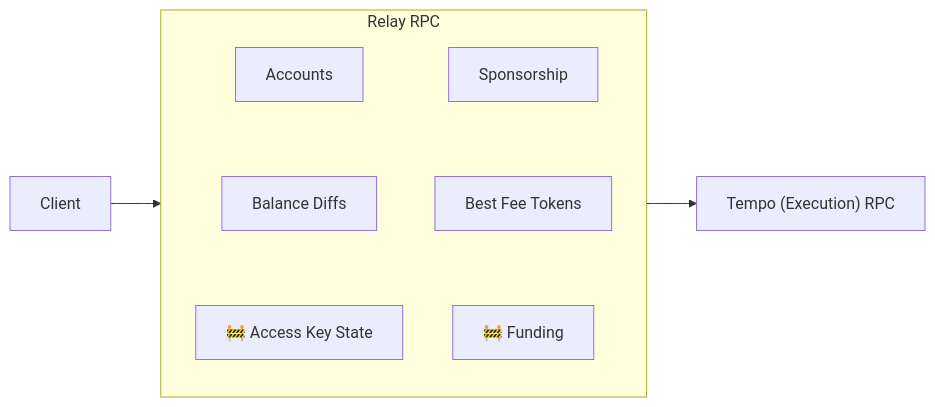
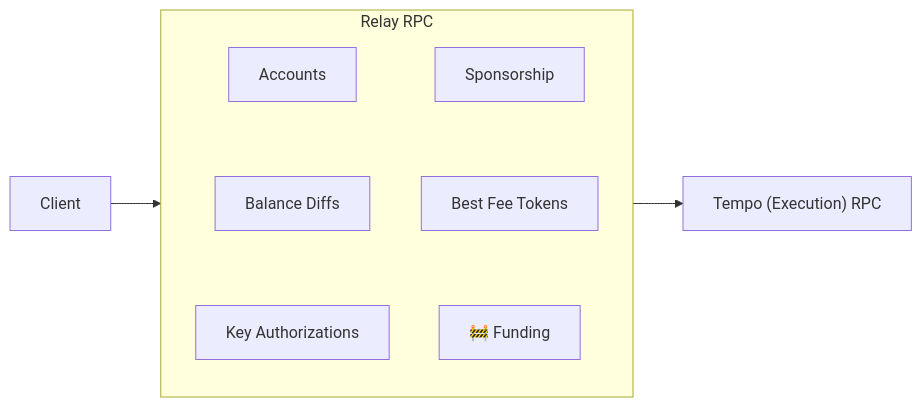
One commit to wevm/viem changed the diagram in site/pages/tempo/guides/relay/index.mdx. Above: the diagram before and after it, drawn with Mermaid. The commit also changed other lines of this file and 25 other files, not shown here.

````diff
--- a/site/pages/tempo/guides/relay/index.mdx
+++ b/site/pages/tempo/guides/relay/index.mdx
@@ -15,16 +15,16 @@
 ```mermaid
 flowchart LR
   client[Client] --> relay
   subgraph relay[Relay RPC]
     direction TB
     accounts[Accounts]
     feePayer[Sponsorship]
     feeToken[Best Fee Tokens]
     simulate[Balance Diffs]
     funding["🚧 Funding"]
-    accessKeyState["🚧 Access Key State"]
+    accessKeyState[Key Authorizations]
     accounts ~~~ simulate ~~~ accessKeyState
     feePayer ~~~ feeToken ~~~ funding
   end
   relay --> rpc["Tempo (Execution) RPC"]
 ```
````
